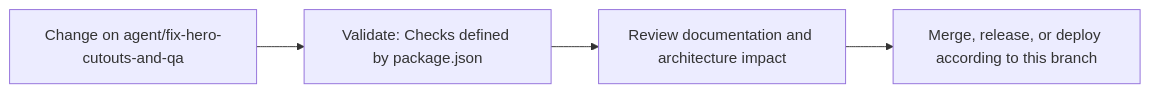
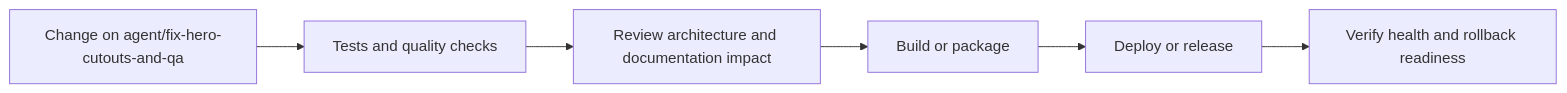
Before and after one commit to Nischhalsubba/rismfp-ui: the fourth of 5 diagrams in README.md, drawn with Mermaid. The commit also changed other lines of this file, not shown here.

````diff
--- a/README.md
+++ b/README.md
@@ -70,8 +136,8 @@
 ```mermaid
 flowchart LR
-    CHANGE["Change on agent/fix-hero-cutouts-and-qa"]
-    CHECK["Validate: Checks defined by package.json"]
-    REVIEW["Review documentation and architecture impact"]
-    RELEASE["Merge, release, or deploy according to this branch"]
-    CHANGE --> CHECK --> REVIEW --> RELEASE
+    CHANGE["Change on agent/fix-hero-cutouts-and-qa"] --> CHECK["Tests and quality checks"]
+    CHECK --> REVIEW["Review architecture and documentation impact"]
+    REVIEW --> BUILD["Build or package"]
+    BUILD --> DEPLOY["Deploy or release"]
+    DEPLOY --> VERIFY["Verify health and rollback readiness"]
 ```
````
